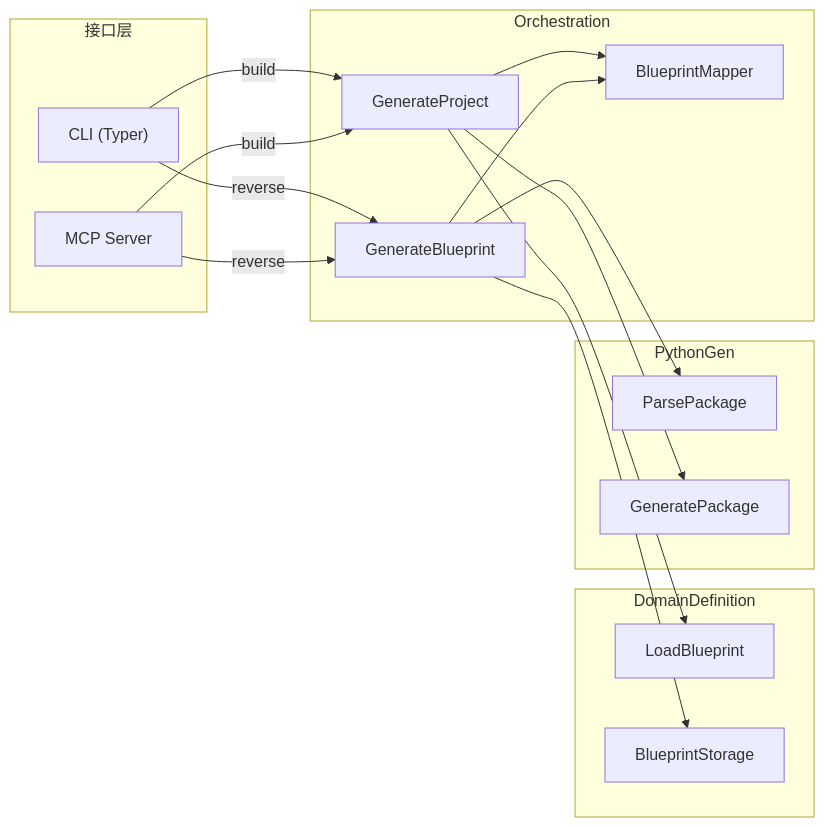
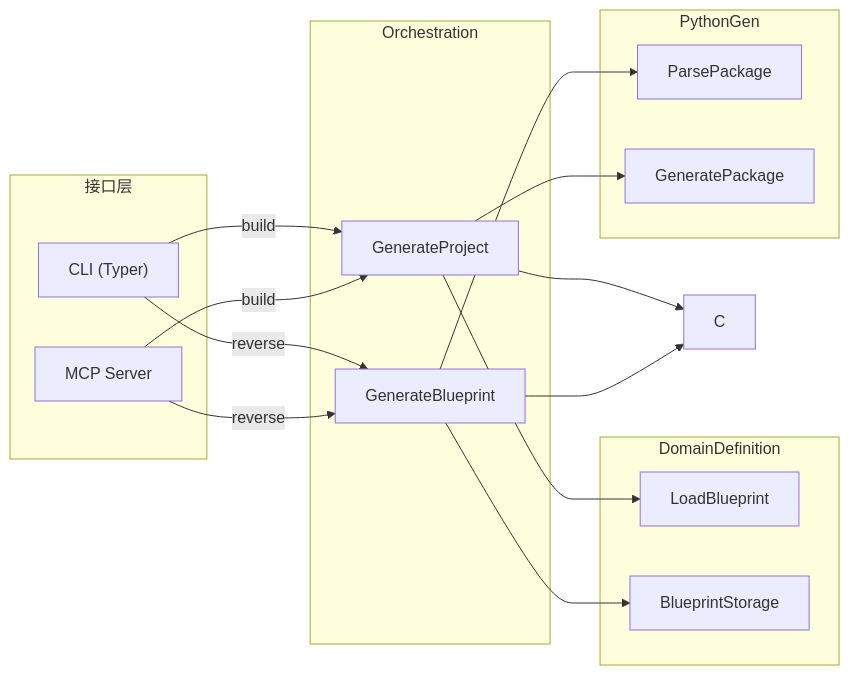
Before and after one commit to Goodsome/codegen: the diagram in docs/orchestration/ddd-strategic.md, drawn with Mermaid. The commit also changed other lines of this file and 67 other files, not shown here.

````diff
--- a/docs/orchestration/ddd-strategic.md
+++ b/docs/orchestration/ddd-strategic.md
@@ -60,36 +58,35 @@
 ```mermaid
 graph LR
     subgraph 接口层
         CLI["CLI (Typer)"]
         MCP["MCP Server"]
     end
 
     subgraph Orchestration
         A["GenerateProject"]
         B["GenerateBlueprint"]
-        C["BlueprintMapper"]
     end
 
     subgraph DomainDefinition
         D["LoadBlueprint"]
         E["BlueprintStorage"]
     end
 
     subgraph PythonGen
         F["ParsePackage"]
         G["GeneratePackage"]
     end
 
     CLI -->|build| A
     CLI -->|reverse| B
     MCP -->|build| A
     MCP -->|reverse| B
 
     A --> C
     A --> D
     A --> G
 
     B --> F
     B --> E
     B --> C
 ```
````
